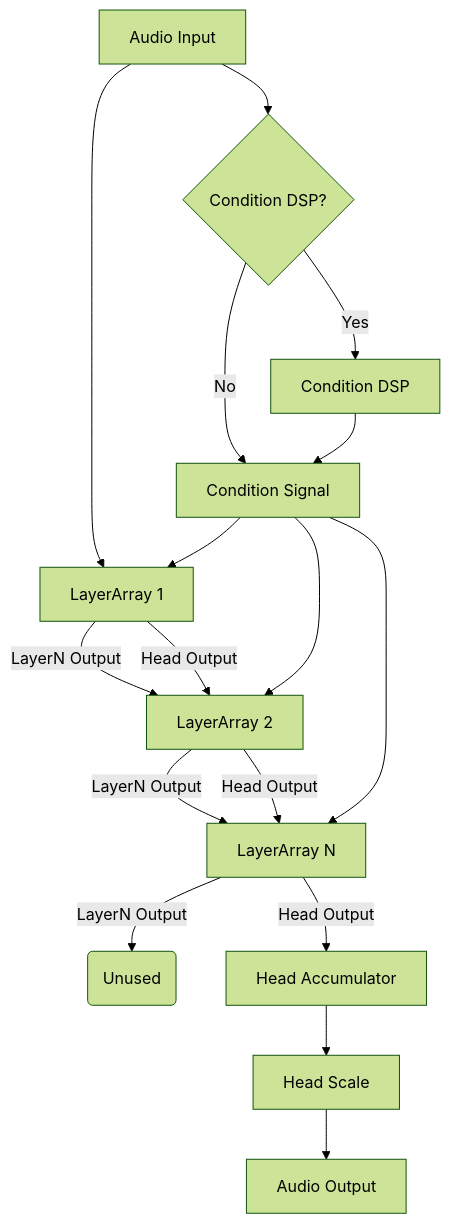
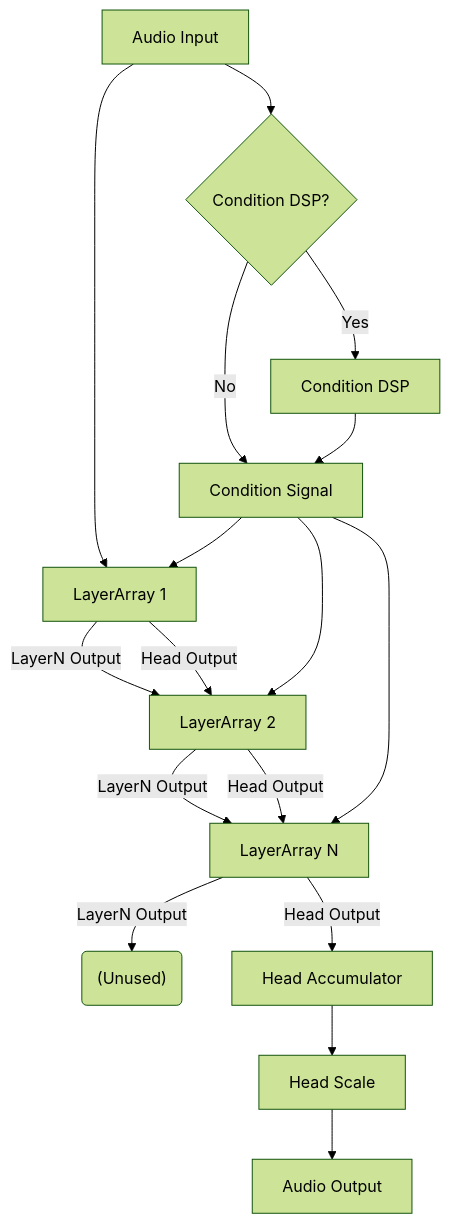
Before and after one commit to sdatkinson/NeuralAmpModelerCore: the fourth of 4 diagrams in docs/wavenet_walkthrough.rst, drawn with Mermaid (forest theme).

Commit message:
Update wavenet_walkthrough.rst - unused node

```diff
--- a/docs/wavenet_walkthrough.rst
+++ b/docs/wavenet_walkthrough.rst
@@ -386,20 +386,20 @@
 .. mermaid::
    :caption: Complete WaveNet Processing Flow
 
    graph TD
        AudioIn[Audio Input] --> ConditionProc{Condition DSP?}
        ConditionProc -->|Yes| CondDSP[Condition DSP]
        ConditionProc -->|No| Condition[Condition Signal]
        CondDSP --> Condition
        AudioIn --> LayerArray1[LayerArray 1]
        Condition --> LayerArray1
        LayerArray1 -->|LayerN Output| LayerArray2[LayerArray 2]
        LayerArray1 -->|Head Output| LayerArray2
        Condition --> LayerArray2
        LayerArray2 -->|LayerN Output| LayerArrayN[LayerArray N]
        LayerArray2 -->|Head Output| LayerArrayN
        Condition --> LayerArrayN
-       LayerArrayN -->|LayerN Output| Unused(Unused)
+       LayerArrayN -->|LayerN Output| Unused("(Unused)")
        LayerArrayN -->|Head Output| HeadAccum[Head Accumulator]
        HeadAccum --> HeadScale[Head Scale]
        HeadScale --> AudioOut[Audio Output]
```
